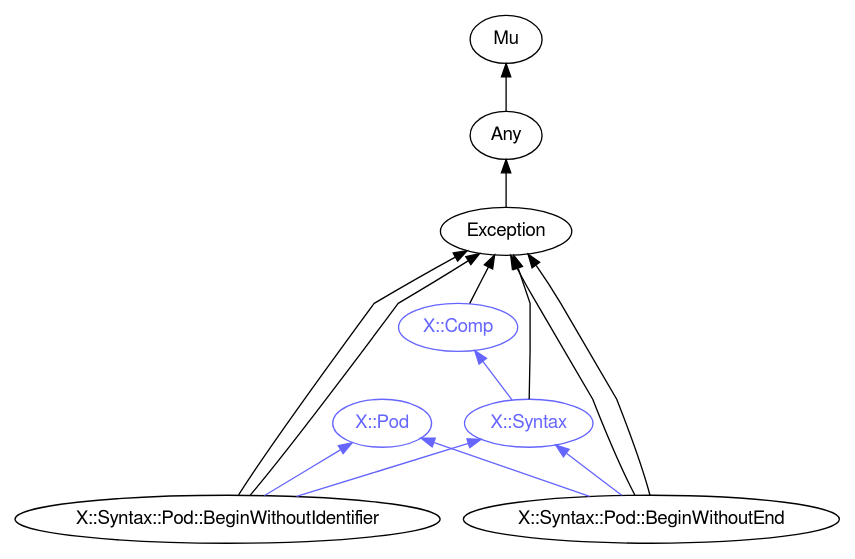
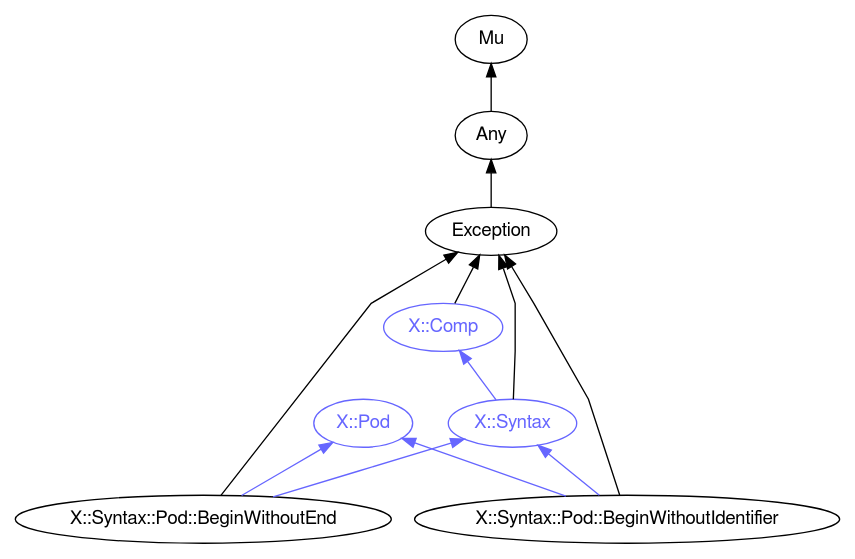
The diagram in images/type-graph-X::Pod.svg.dot (perl6docs/perl6docs.github.io), drawn with Graphviz before and after one commit. The commit also changed 4420 other files, not shown here.

```diff
--- a/images/type-graph-X::Pod.svg.dot
+++ b/images/type-graph-X::Pod.svg.dot
@@ -1,31 +1,29 @@
 digraph "perl6-type-graph" {
     rankdir=BT;
     splines=polyline;
     overlap=false; 
     // Types
     "X::Pod" [color="#6666FF", fontcolor="#6666FF", href="/type/X::Pod", fontname="FreeSans"];
     "Mu" [color="#000000", fontcolor="#000000", href="/type/Mu", fontname="FreeSans"];
     "Any" [color="#000000", fontcolor="#000000", href="/type/Any", fontname="FreeSans"];
     "Exception" [color="#000000", fontcolor="#000000", href="/type/Exception", fontname="FreeSans"];
     "X::Comp" [color="#6666FF", fontcolor="#6666FF", href="/type/X::Comp", fontname="FreeSans"];
     "X::Syntax" [color="#6666FF", fontcolor="#6666FF", href="/type/X::Syntax", fontname="FreeSans"];
+    "X::Syntax::Pod::BeginWithoutEnd" [color="#000000", fontcolor="#000000", href="/type/X::Syntax::Pod::BeginWithoutEnd", fontname="FreeSans"];
     "X::Syntax::Pod::BeginWithoutIdentifier" [color="#000000", fontcolor="#000000", href="/type/X::Syntax::Pod::BeginWithoutIdentifier", fontname="FreeSans"];
-    "X::Syntax::Pod::BeginWithoutEnd" [color="#000000", fontcolor="#000000", href="/type/X::Syntax::Pod::BeginWithoutEnd", fontname="FreeSans"];
 
     // Superclasses
     "Any" -> "Mu" [color="#000000"];
     "Exception" -> "Any" [color="#000000"];
     "X::Comp" -> "Exception" [color="#000000"];
     "X::Syntax" -> "Exception" [color="#000000"];
+    "X::Syntax::Pod::BeginWithoutEnd" -> "Exception" [color="#000000"];
     "X::Syntax::Pod::BeginWithoutIdentifier" -> "Exception" [color="#000000"];
-    "X::Syntax::Pod::BeginWithoutIdentifier" -> "Exception" [color="#000000"];
-    "X::Syntax::Pod::BeginWithoutEnd" -> "Exception" [color="#000000"];
-    "X::Syntax::Pod::BeginWithoutEnd" -> "Exception" [color="#000000"];
 
     // Roles
     "X::Syntax" -> "X::Comp" [color="#6666FF"];
+    "X::Syntax::Pod::BeginWithoutEnd" -> "X::Syntax" [color="#6666FF"];
+    "X::Syntax::Pod::BeginWithoutEnd" -> "X::Pod" [color="#6666FF"];
     "X::Syntax::Pod::BeginWithoutIdentifier" -> "X::Syntax" [color="#6666FF"];
     "X::Syntax::Pod::BeginWithoutIdentifier" -> "X::Pod" [color="#6666FF"];
-    "X::Syntax::Pod::BeginWithoutEnd" -> "X::Syntax" [color="#6666FF"];
-    "X::Syntax::Pod::BeginWithoutEnd" -> "X::Pod" [color="#6666FF"];
 }
```
